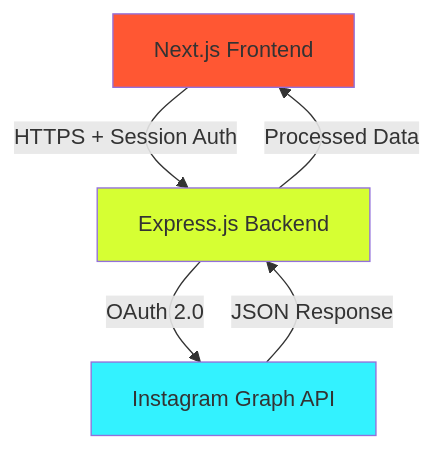
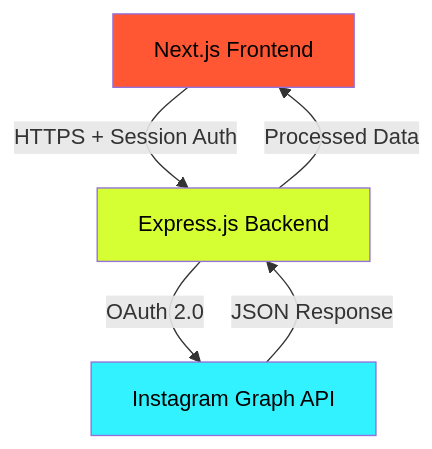
One commit to Instagram-Analysis/.github changed the diagram in profile/README.md. Above: the diagram before and after it, drawn with Mermaid.

````diff
--- a/profile/README.md
+++ b/profile/README.md
@@ -24,11 +24,11 @@
 ```mermaid
 graph TD
     A[Next.js Frontend] -->|HTTPS + Session Auth| B[Express.js Backend]
     B -->|OAuth 2.0| C[Instagram Graph API]
     C -->|JSON Response| B
     B -->|Processed Data| A
     
-    style A fill:#ff5733
-    style B fill:#d6ff33
-    style C fill:#33f2ff
+    style A fill:#ff5733,color:#000000
+    style B fill:#d6ff33,color:#000000
+    style C fill:#33f2ff,color:#000000
 ```
````
